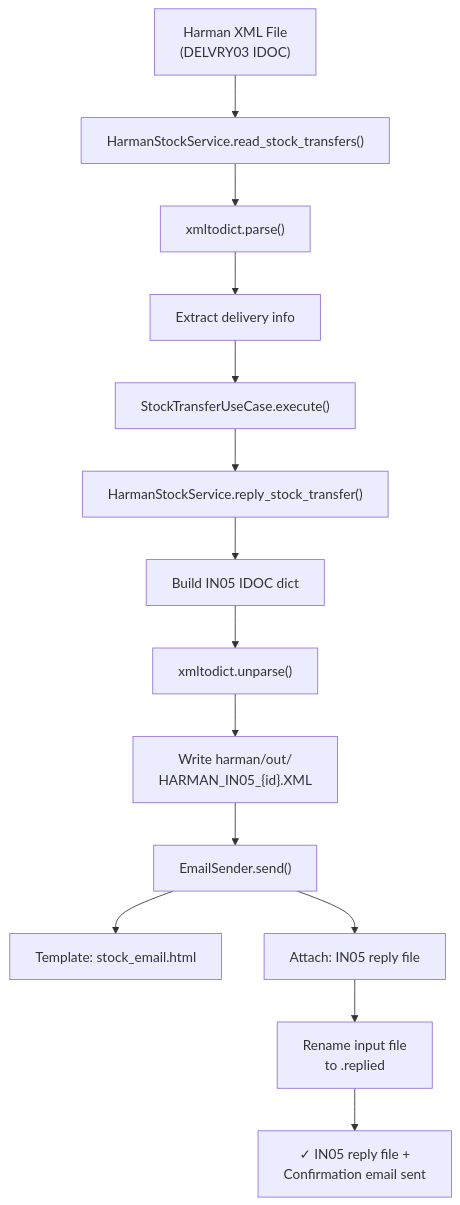
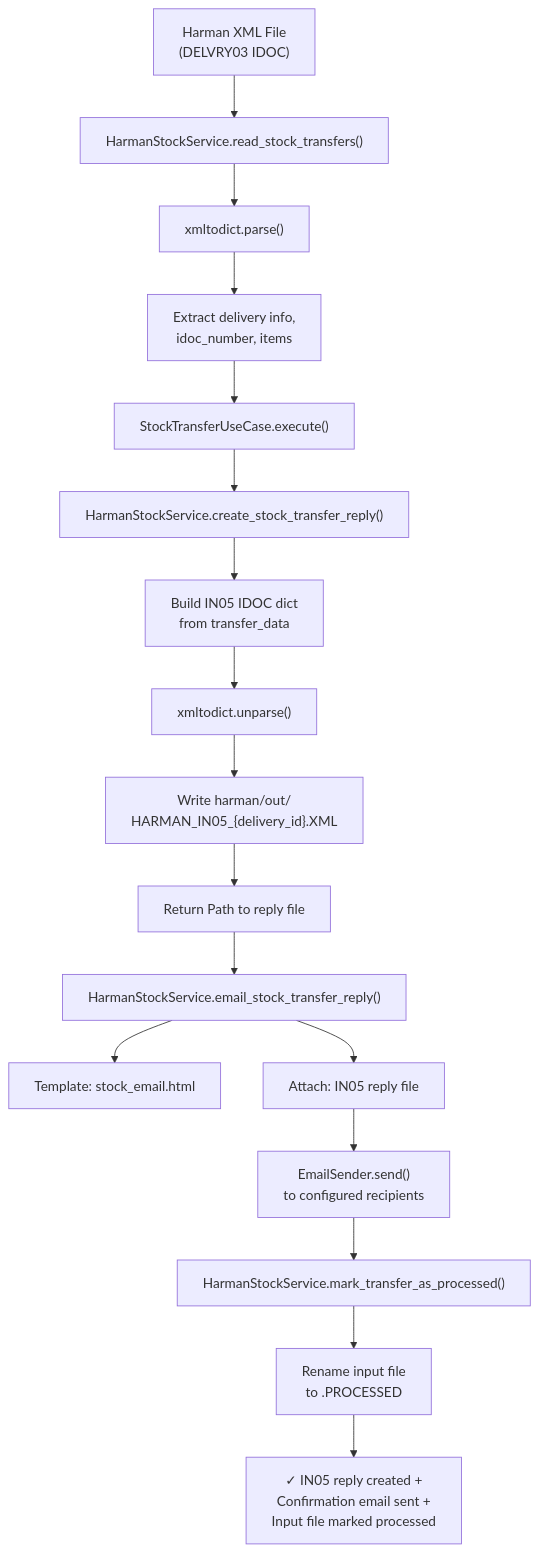
The fourth of 7 diagrams in ARCHITECTURE_DIAGRAMS.md (itdeonet/external_order), drawn with Mermaid before and after one commit. The commit also changed other lines of this file and 8 other files, not shown here.

Commit message:
Refactor stock transfer processing: update IStockService methods, enhance HarmanStockService, and modify StockTransferUseCase to create, email, and mark transfers as processed; update tests accordingly.

````diff
--- a/ARCHITECTURE_DIAGRAMS.md
+++ b/ARCHITECTURE_DIAGRAMS.md
@@ -172,35 +172,42 @@
 ```mermaid
 graph TD
     XML["Harman XML File<br/>(DELVRY03 IDOC)"]
     Read["HarmanStockService.read_stock_transfers()"]
     Parse["xmltodict.parse()"]
-    Extract["Extract delivery info"]
+    Extract["Extract delivery info,<br/>idoc_number, items"]
     
     Execute["StockTransferUseCase.execute()"]
-    Reply["HarmanStockService.reply_stock_transfer()"]
-    Build["Build IN05 IDOC dict"]
+    
+    CreateReply["HarmanStockService.create_stock_transfer_reply()"]
+    Build["Build IN05 IDOC dict<br/>from transfer_data"]
     Unparse["xmltodict.unparse()"]
-    WriteXML["Write harman/out/<br/>HARMAN_IN05_{id}.XML"]
+    WriteXML["Write harman/out/<br/>HARMAN_IN05_{delivery_id}.XML"]
+    ReturnPath["Return Path to reply file"]
     
-    Email["EmailSender.send()"]
+    EmailReply["HarmanStockService.email_stock_transfer_reply()"]
     Template["Template: stock_email.html"]
     Attach["Attach: IN05 reply file"]
+    Send["EmailSender.send()<br/>to configured recipients"]
     
-    Rename["Rename input file<br/>to .replied"]
+    MarkProcessed["HarmanStockService.mark_transfer_as_processed()"]
+    Rename["Rename input file<br/>to .PROCESSED"]
     
-    Output["✓ IN05 reply file +<br/>Confirmation email sent"]
+    Output["✓ IN05 reply created +<br/>Confirmation email sent +<br/>Input file marked processed"]
     
     XML --> Read
     Read --> Parse
     Parse --> Extract
     Extract --> Execute
-    Execute --> Reply
-    Reply --> Build
+    Execute --> CreateReply
+    CreateReply --> Build
     Build --> Unparse
     Unparse --> WriteXML
-    WriteXML --> Email
-    Email --> Template
-    Email --> Attach
-    Attach --> Rename
+    WriteXML --> ReturnPath
+    ReturnPath --> EmailReply
+    EmailReply --> Template
+    EmailReply --> Attach
+    Attach --> Send
+    Send --> MarkProcessed
+    MarkProcessed --> Rename
     Rename --> Output
 ```
````
